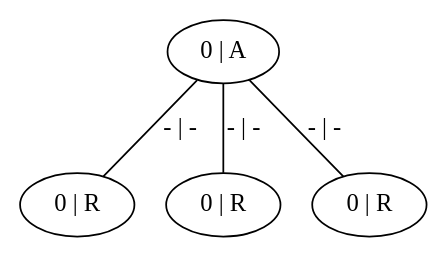
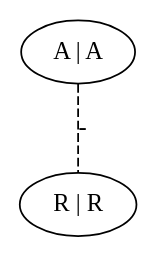
The diagram in catalan/out/005_r_0_combined.dot (lazh01/Kemoinformatik), drawn with Graphviz before and after one commit. The commit also changed 109 other files, not shown here.

```diff
--- a/catalan/out/005_r_0_combined.dot
+++ b/catalan/out/005_r_0_combined.dot
@@ -1,9 +1,5 @@
 graph G {
-	0 [ label="0 | A" ]
-	1 [ label="0 | R" ]
-	2 [ label="0 | R" ]
-	3 [ label="0 | R" ]
-	0 -- 1 [ label="- | -" ]
-	0 -- 2 [ label="- | -" ]
-	0 -- 3 [ label="- | -" ]
+	0 [ label="A | A" ]
+	1 [ label="R | R" ]
+	0 -- 1 [ style=dashed label="-" ]
 }
```
